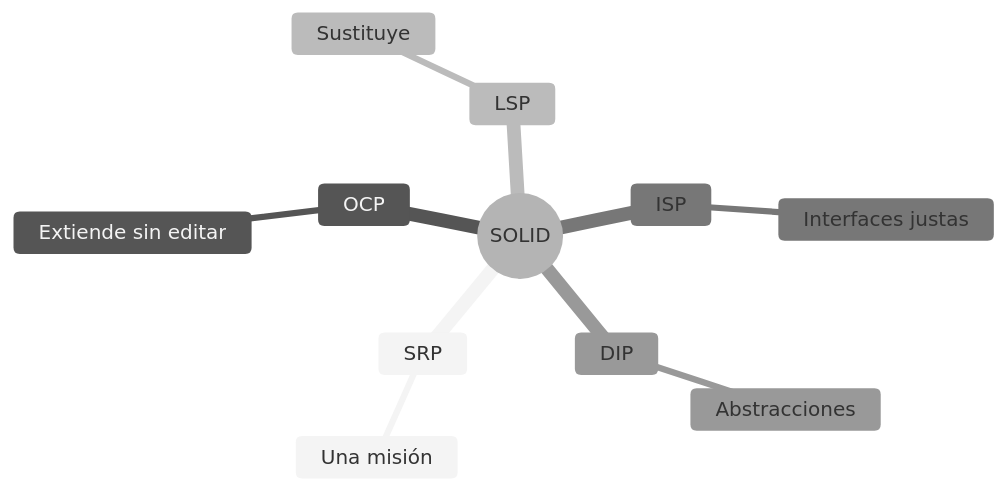
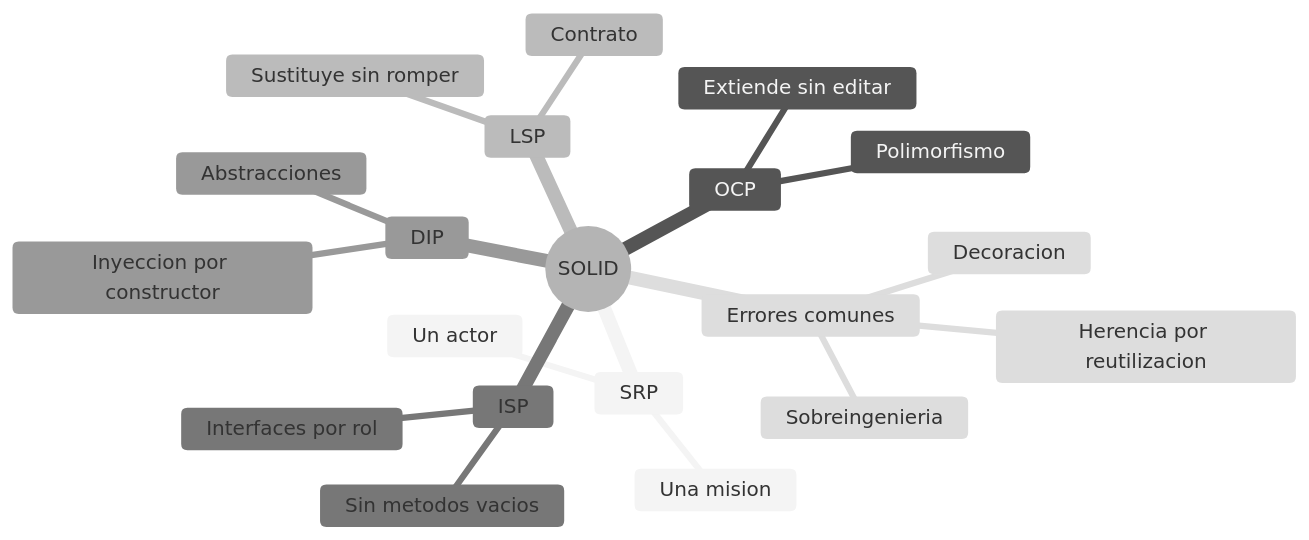
The fourth of 4 diagrams in src/site/notes/Universidad/3er Semestre/Diseño de Software/Unidad 1 - Introducción al diseño/04 - Principios SOLID.md (Fsteven22/Notas-ESPOL), drawn with Mermaid (neutral theme) before and after one commit. The commit also changed other lines of this file and 271 other files, not shown here.

````diff
--- a/src/site/notes/Universidad/3er Semestre/Diseño de Software/Unidad 1 - Introducción al diseño/04 - Principios SOLID.md
+++ b/src/site/notes/Universidad/3er Semestre/Diseño de Software/Unidad 1 - Introducción al diseño/04 - Principios SOLID.md
@@ -109,14 +558,23 @@
 ```mermaid
 mindmap
-  root((SOLID))
+  root(("SOLID"))
     SRP
-      Una misión
+      Una mision
+      Un actor
     OCP
       Extiende sin editar
+      Polimorfismo
     LSP
-      Sustituye
+      Sustituye sin romper
+      Contrato
     ISP
-      Interfaces justas
+      Interfaces por rol
+      Sin metodos vacios
     DIP
       Abstracciones
+      Inyeccion por constructor
+    Errores comunes
+      Decoracion
+      Sobreingenieria
+      Herencia por reutilizacion
 ```
````
